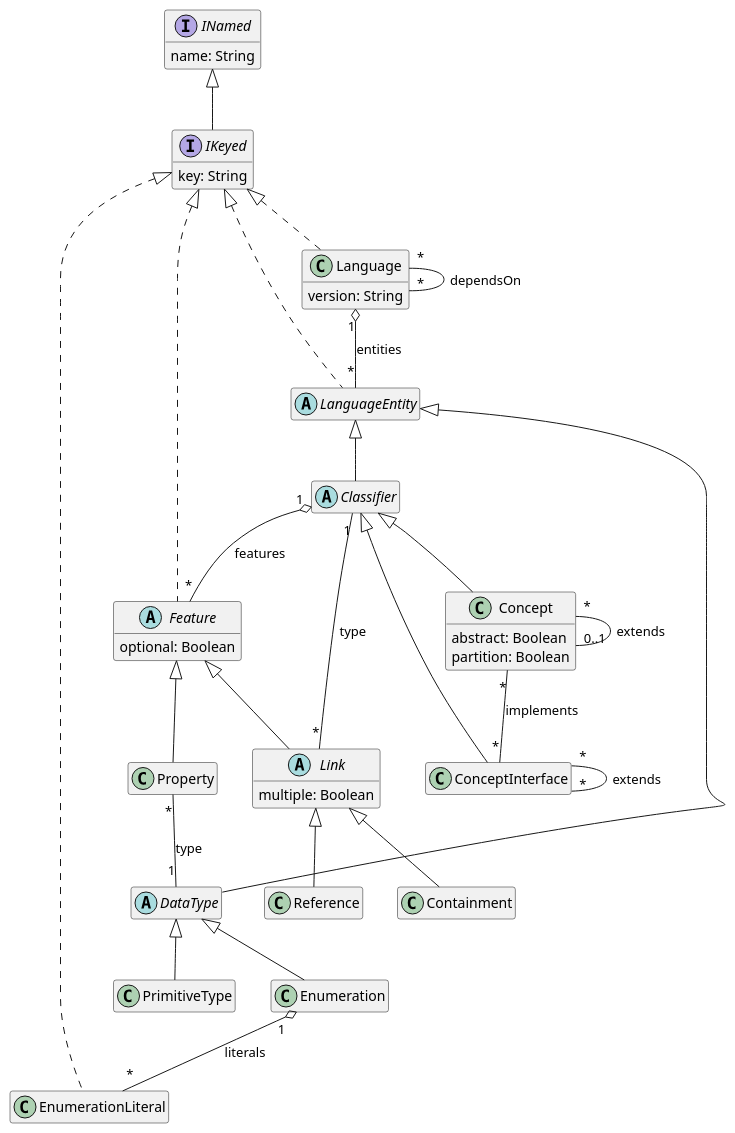
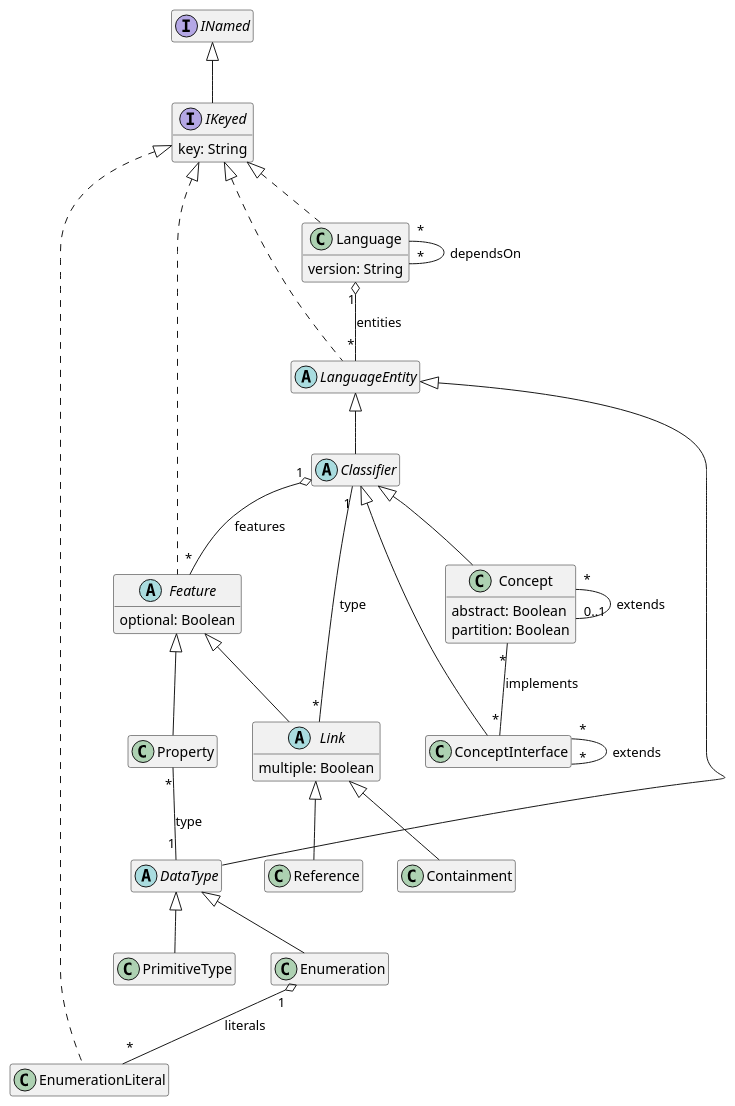
Before and after one commit to LionWeb-io/lionweb-typescript: the diagram in diagrams/metametamodel-gen.puml, drawn with PlantUML. The commit also changed 32 other files, not shown here.

```diff
--- a/diagrams/metametamodel-gen.puml
+++ b/diagrams/metametamodel-gen.puml
@@ -1,75 +1,70 @@
 @startuml
 hide empty members
 
 ' qualified name: "LIonCore-M3"
 
 
 abstract class Classifier extends LanguageEntity
 
 class Concept extends Classifier {
   abstract: Boolean
   partition: Boolean
 }
 
 class ConceptInterface extends Classifier
 
 class Containment extends Link
 
 abstract class DataType extends LanguageEntity
 
 class Enumeration extends DataType
 
 class EnumerationLiteral implements IKeyed
 
 abstract class Feature implements IKeyed {
   optional: Boolean
 }
 
 interface IKeyed extends INamed {
   key: String
-}
-
-interface INamed {
-  name: String
 }
 
 class Language implements IKeyed {
   version: String
 }
 
 abstract class LanguageEntity implements IKeyed
 
 abstract class Link extends Feature {
   multiple: Boolean
 }
 
 class PrimitiveType extends DataType
 
 class Property extends Feature
 
 class Reference extends Link
 
 
 
 ' relations:
 
 Classifier "1" o-- "*" Feature: features
 Concept "*" -- "0..1" Concept: extends
 Concept "*" -- "*" ConceptInterface: implements
 ConceptInterface "*" -- "*" ConceptInterface: extends
 
 
 Enumeration "1" o-- "*" EnumerationLiteral: literals
 
 
 
-
 Language "1" o-- "*" LanguageEntity: entities
 Language "*" -- "*" Language: dependsOn
 
 Link "*" -- "1" Classifier: type
 
 Property "*" -- "1" DataType: type
 
 
 @enduml
```
